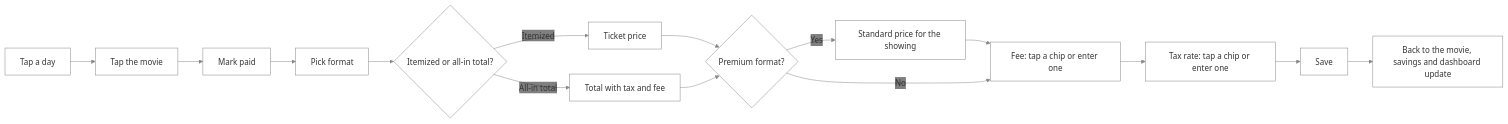
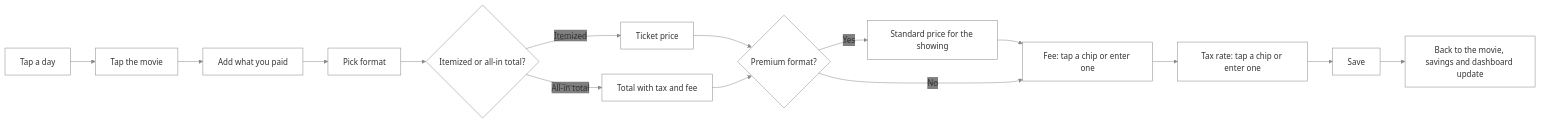
Before and after one commit to NovaMoonX/moondreams-dev-apps: diagram 22 of 26 in src/apps/a-list/UX.md, drawn with Mermaid. The commit also changed other lines of this file and 42 other files, not shown here.

First line of the commit message:
A-List: buy-tickets flow (#246)

````diff
--- a/src/apps/a-list/UX.md
+++ b/src/apps/a-list/UX.md
@@ -649,11 +650,11 @@
 ```mermaid
 %%{init: {'theme': 'base', 'themeVariables': {'primaryColor': 'transparent', 'clusterBkg': 'transparent', 'primaryBorderColor': '#888888', 'clusterBorder': '#888888', 'lineColor': '#888888', 'primaryTextColor': '#333333'}}}%%
 flowchart LR
-    A[Tap a day] --> B[Tap the movie] --> C[Mark paid] --> D[Pick format] --> M{Itemized or all-in total?}
+    A[Tap a day] --> B[Tap the movie] --> C[Add what you paid] --> D[Pick format] --> M{Itemized or all-in total?}
     M -->|Itemized| P[Ticket price] --> E{Premium format?}
     M -->|All-in total| T[Total with tax and fee] --> E
     E -->|Yes| F[Standard price for the showing] --> H
     E -->|No| H[Fee: tap a chip or enter one]
     H --> I[Tax rate: tap a chip or enter one] --> J[Save]
     J --> K[Back to the movie, savings and dashboard update]
 ```
````
